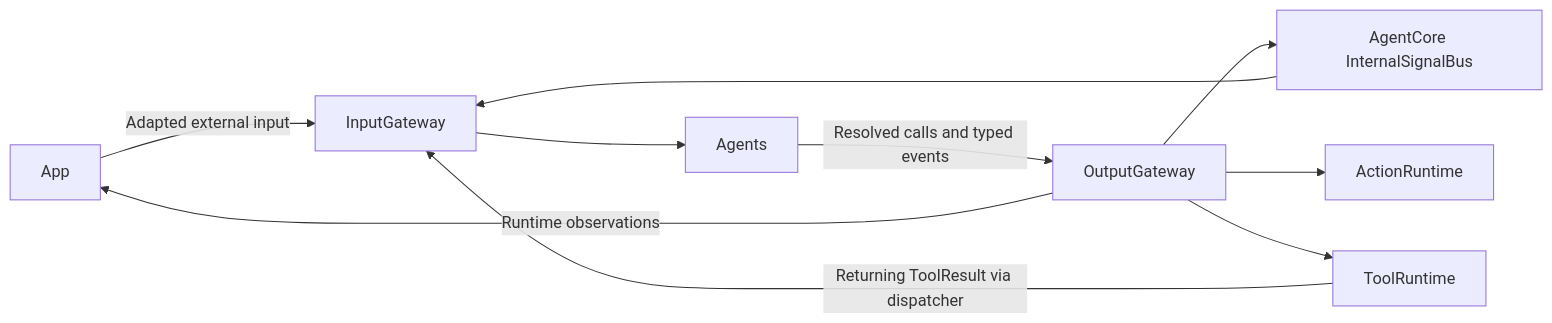
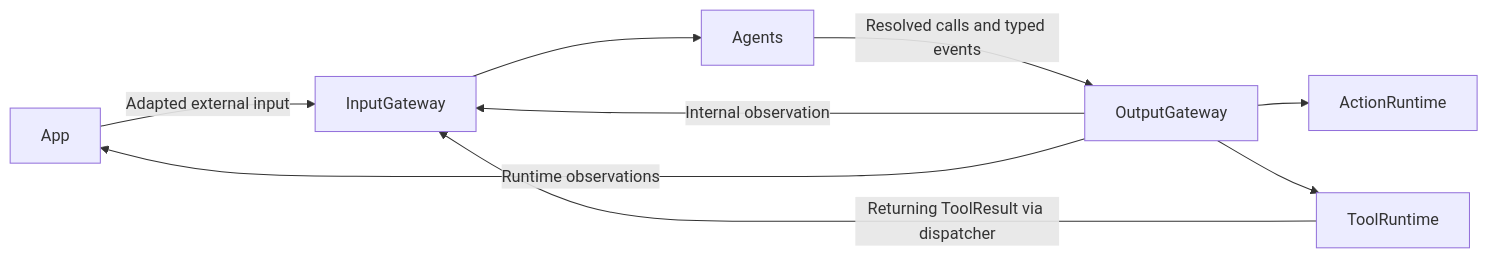
The first of 2 diagrams in MobileHarness/Gateway/README.md (devilyouwei/MobileHarness), drawn with Mermaid before and after one commit. The commit also changed other lines of this file and 40 other files, not shown here.

Commit message:
refactor: replace signal bus with direct gateway admission

````diff
--- a/MobileHarness/Gateway/README.md
+++ b/MobileHarness/Gateway/README.md
@@ -24,12 +24,11 @@
 ```mermaid
 flowchart LR
     App -->|Adapted external input| Input[InputGateway]
     Input --> Agents
     Agents -->|Resolved calls and typed events| Output[OutputGateway]
-    Output --> Bus[AgentCore InternalSignalBus]
-    Bus --> Input
+    Output -->|Internal observation| Input
     Output --> ActionRuntime
     Output --> ToolRuntime
     ToolRuntime -->|Returning ToolResult via dispatcher| Input
     Output -->|Runtime observations| App
 ```
````
